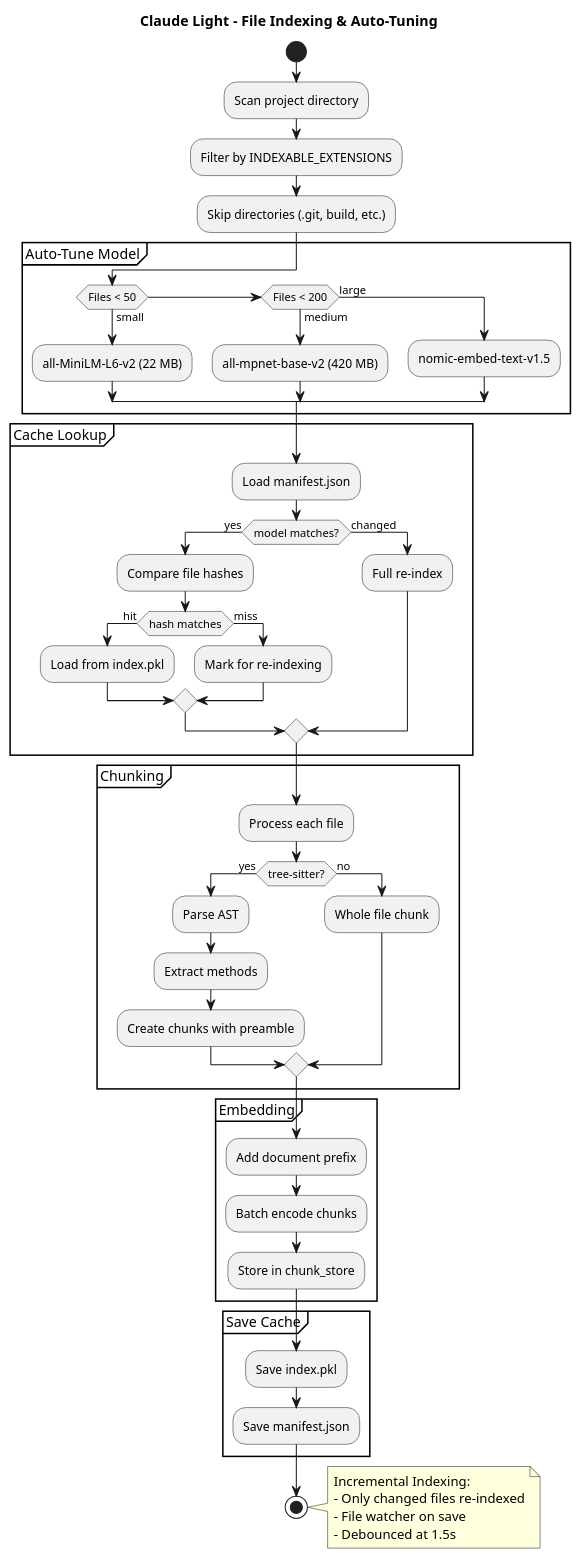
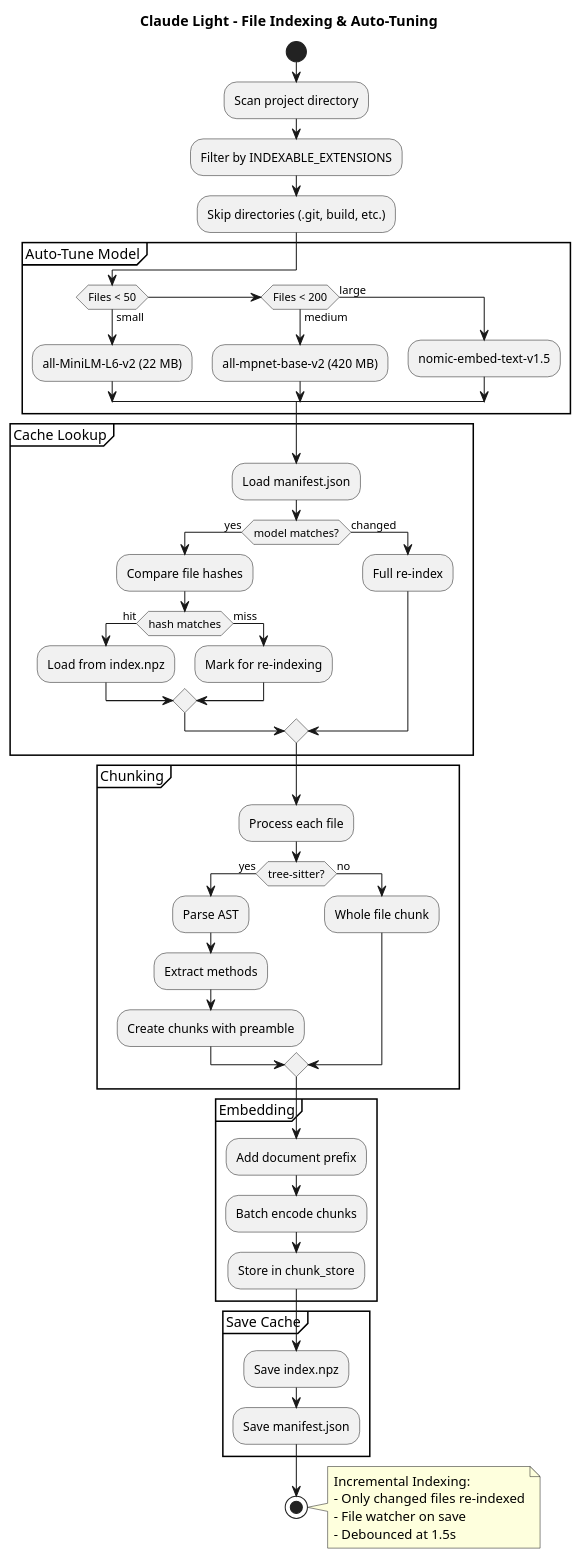
Before and after one commit to PIsberg/claude_light: the diagram in docs/plantuml/indexing_flow.puml, drawn with PlantUML. The commit also changed 7 other files, not shown here.

```diff
--- a/docs/plantuml/indexing_flow.puml
+++ b/docs/plantuml/indexing_flow.puml
@@ -1,65 +1,65 @@
 @startuml Claude_Light_Indexing_Flow
 title Claude Light - File Indexing & Auto-Tuning
 
 start
 
 :Scan project directory;
 :Filter by INDEXABLE_EXTENSIONS;
 :Skip directories (.git, build, etc.);
 
 partition "Auto-Tune Model" {
   if (Files < 50) then (small)
     :all-MiniLM-L6-v2 (22 MB);
   elseif (Files < 200) then (medium)
     :all-mpnet-base-v2 (420 MB);
   else (large)
     :nomic-embed-text-v1.5;
   endif
 }
 
 partition "Cache Lookup" {
   :Load manifest.json;
   if (model matches?) then (yes)
     :Compare file hashes;
     if (hash matches) then (hit)
-      :Load from index.pkl;
+      :Load from index.npz;
     else (miss)
       :Mark for re-indexing;
     endif
   else (changed)
     :Full re-index;
   endif
 }
 
 partition "Chunking" {
   :Process each file;
   if (tree-sitter?) then (yes)
     :Parse AST;
     :Extract methods;
     :Create chunks with preamble;
   else (no)
     :Whole file chunk;
   endif
 }
 
 partition "Embedding" {
   :Add document prefix;
   :Batch encode chunks;
   :Store in chunk_store;
 }
 
 partition "Save Cache" {
-  :Save index.pkl;
+  :Save index.npz;
   :Save manifest.json;
 }
 
 stop
 
 note right
   Incremental Indexing:
   - Only changed files re-indexed
   - File watcher on save
   - Debounced at 1.5s
 end note
 
 @enduml
```
